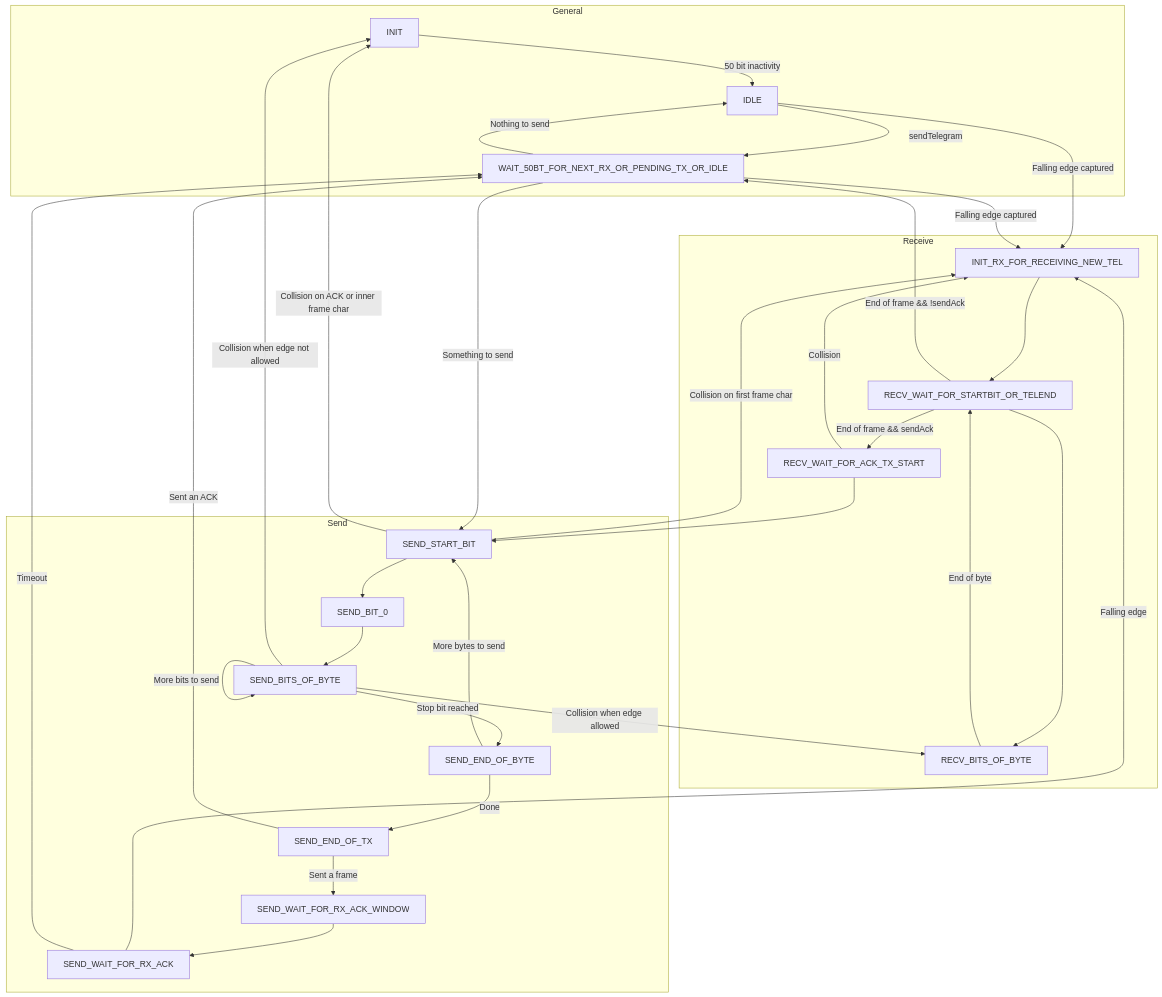
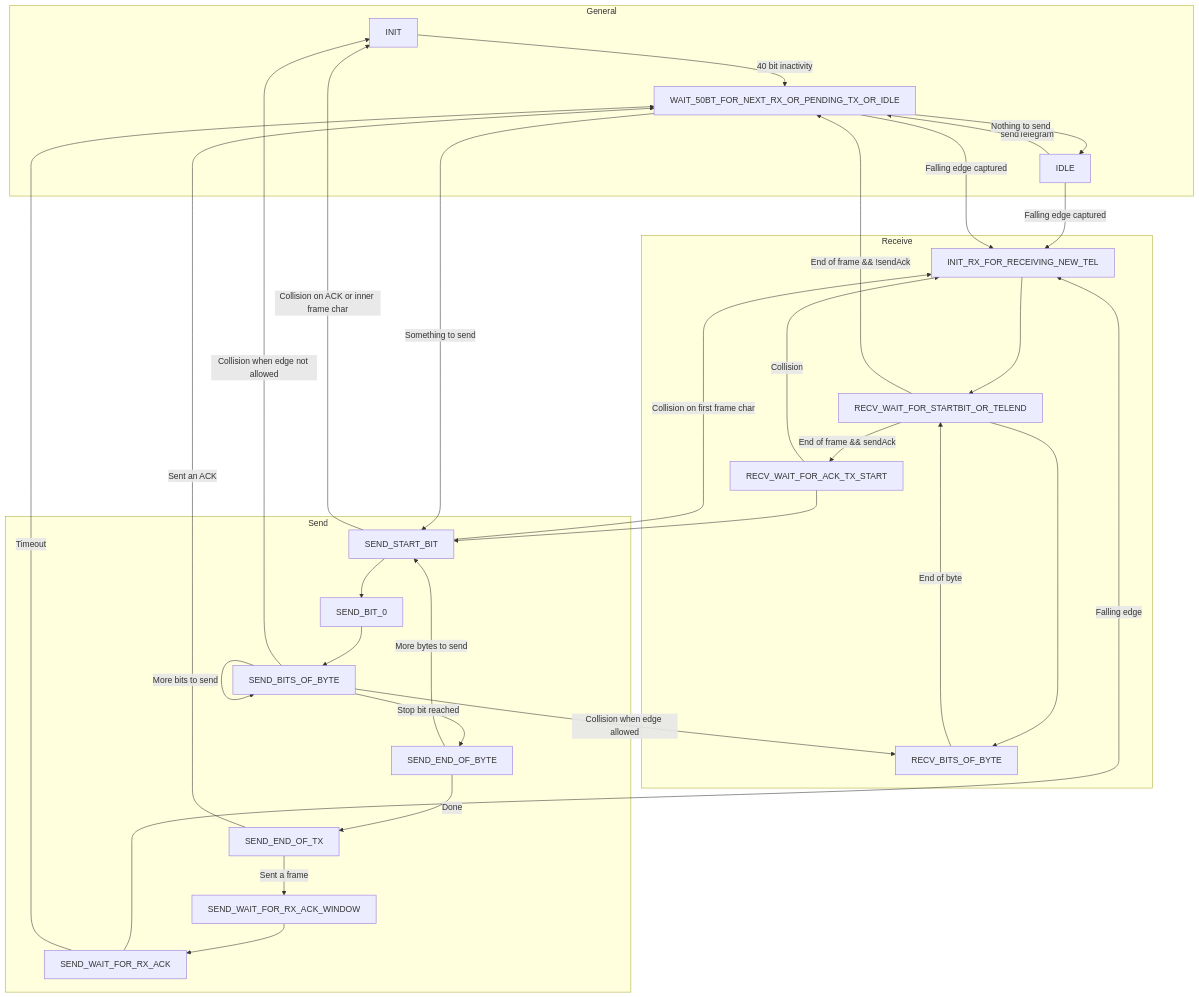
One commit to selfbus/software-arm-lib changed the diagram in doc/KNX TP1 Bus implementation.md. Above: the diagram before and after it, drawn with Mermaid. The commit also changed other lines of this file and 3 other files, not shown here.

````diff
--- a/doc/KNX TP1 Bus implementation.md
+++ b/doc/KNX TP1 Bus implementation.md
@@ -135,54 +137,54 @@
 ```mermaid
 flowchart TB
     subgraph General
         INIT
         IDLE
         WAIT_50BT_FOR_NEXT_RX_OR_PENDING_TX_OR_IDLE
     end
     subgraph Receive
         INIT_RX_FOR_RECEIVING_NEW_TEL
         RECV_WAIT_FOR_STARTBIT_OR_TELEND
         RECV_BITS_OF_BYTE
         RECV_WAIT_FOR_ACK_TX_START
     end
     subgraph Send
         SEND_START_BIT
         SEND_BIT_0
         SEND_BITS_OF_BYTE
         SEND_END_OF_BYTE
         SEND_END_OF_TX
         SEND_WAIT_FOR_RX_ACK_WINDOW
         SEND_WAIT_FOR_RX_ACK
     end
 
-    INIT --50 bit inactivity--> IDLE
+    INIT --40 bit inactivity--> WAIT_50BT_FOR_NEXT_RX_OR_PENDING_TX_OR_IDLE
     IDLE --sendTelegram--> WAIT_50BT_FOR_NEXT_RX_OR_PENDING_TX_OR_IDLE
     IDLE --Falling edge captured--> INIT_RX_FOR_RECEIVING_NEW_TEL
     INIT_RX_FOR_RECEIVING_NEW_TEL ---> RECV_WAIT_FOR_STARTBIT_OR_TELEND
     RECV_WAIT_FOR_STARTBIT_OR_TELEND ---> RECV_BITS_OF_BYTE
     RECV_WAIT_FOR_STARTBIT_OR_TELEND --End of frame && sendAck--> RECV_WAIT_FOR_ACK_TX_START
     RECV_WAIT_FOR_STARTBIT_OR_TELEND --End of frame && !sendAck--> WAIT_50BT_FOR_NEXT_RX_OR_PENDING_TX_OR_IDLE
     RECV_BITS_OF_BYTE --End of byte--> RECV_WAIT_FOR_STARTBIT_OR_TELEND
 
     RECV_WAIT_FOR_ACK_TX_START --Collision--> INIT_RX_FOR_RECEIVING_NEW_TEL
     RECV_WAIT_FOR_ACK_TX_START --> SEND_START_BIT
 
     WAIT_50BT_FOR_NEXT_RX_OR_PENDING_TX_OR_IDLE --Falling edge captured--> INIT_RX_FOR_RECEIVING_NEW_TEL
     WAIT_50BT_FOR_NEXT_RX_OR_PENDING_TX_OR_IDLE --Nothing to send--> IDLE
     WAIT_50BT_FOR_NEXT_RX_OR_PENDING_TX_OR_IDLE --Something to send--> SEND_START_BIT
     SEND_START_BIT --Collision on ACK or inner frame char--> INIT
     SEND_START_BIT --Collision on first frame char--> INIT_RX_FOR_RECEIVING_NEW_TEL
     SEND_START_BIT --> SEND_BIT_0
     SEND_BIT_0 --> SEND_BITS_OF_BYTE
     SEND_BITS_OF_BYTE --More bits to send--> SEND_BITS_OF_BYTE
     SEND_BITS_OF_BYTE --Stop bit reached--> SEND_END_OF_BYTE
     SEND_BITS_OF_BYTE --Collision when edge allowed--> RECV_BITS_OF_BYTE
     SEND_BITS_OF_BYTE --Collision when edge not allowed--> INIT
     SEND_END_OF_BYTE --More bytes to send--> SEND_START_BIT
     SEND_END_OF_BYTE --Done--> SEND_END_OF_TX
     SEND_END_OF_TX --Sent an ACK--> WAIT_50BT_FOR_NEXT_RX_OR_PENDING_TX_OR_IDLE
     SEND_END_OF_TX --Sent a frame--> SEND_WAIT_FOR_RX_ACK_WINDOW
     SEND_WAIT_FOR_RX_ACK_WINDOW --> SEND_WAIT_FOR_RX_ACK
     SEND_WAIT_FOR_RX_ACK --Falling edge--> INIT_RX_FOR_RECEIVING_NEW_TEL
     SEND_WAIT_FOR_RX_ACK --Timeout--> WAIT_50BT_FOR_NEXT_RX_OR_PENDING_TX_OR_IDLE
 ```
````
